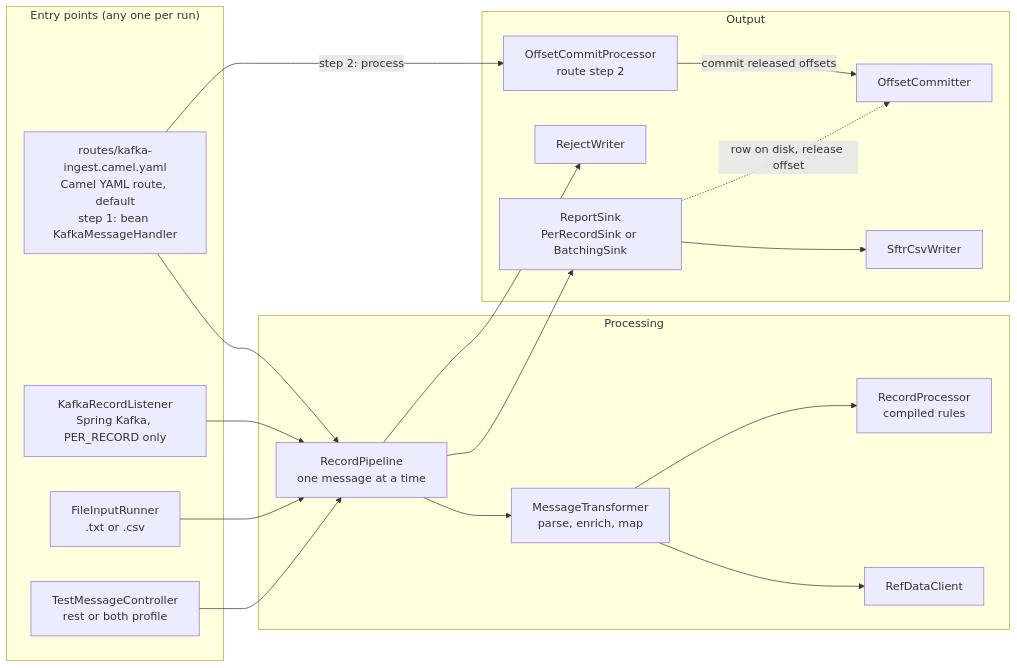
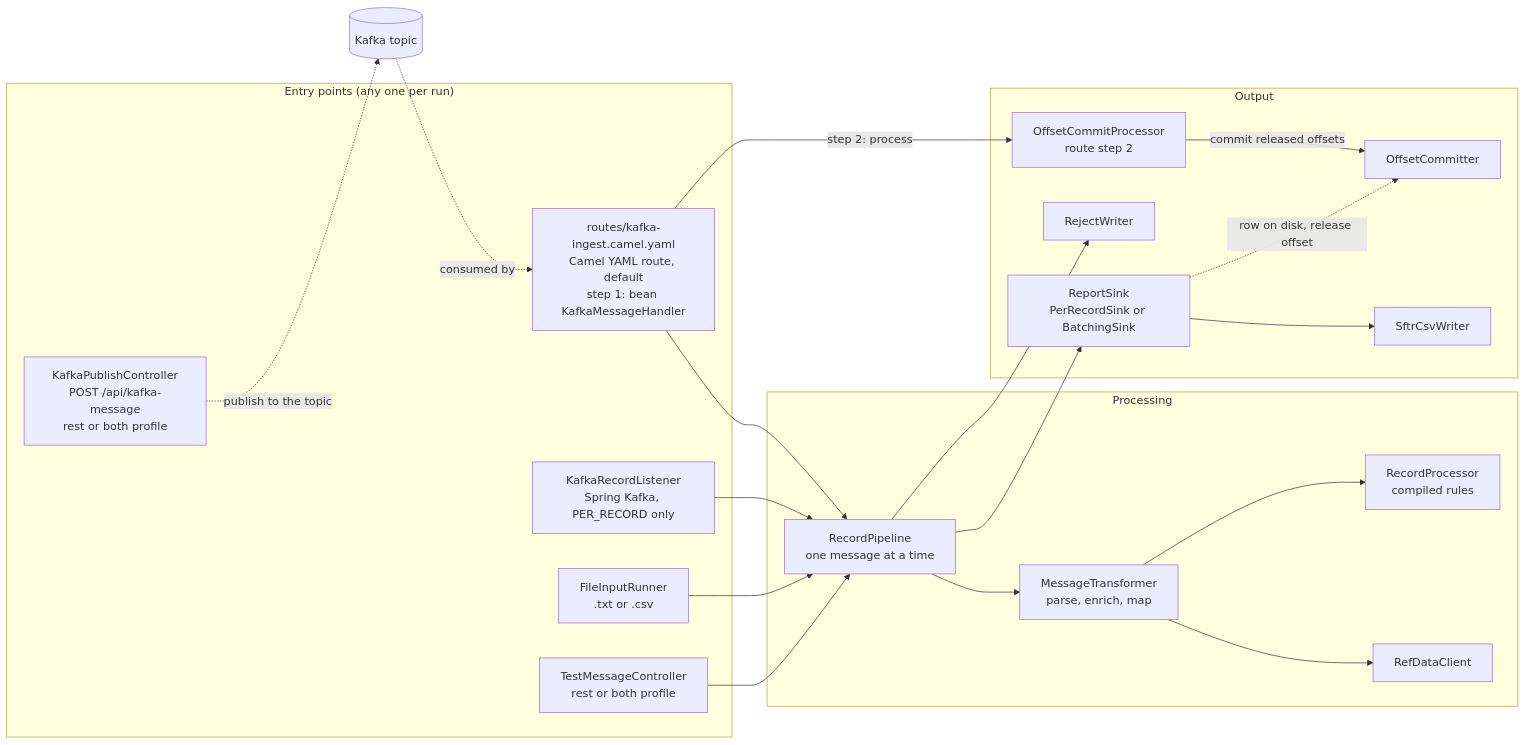
The first of 2 diagrams in docs/design-and-architecture.md (shanregs/msg-transformer), drawn with Mermaid before and after one commit. The commit also changed other lines of this file and 3 other files, not shown here.

First line of the commit message:
Docs: describe POST /api/kafka-message in the design, C4 and code-flow documents

````diff
--- a/docs/design-and-architecture.md
+++ b/docs/design-and-architecture.md
@@ -35,35 +35,38 @@
 ```mermaid
 flowchart LR
     subgraph doors["Entry points (any one per run)"]
         K["routes/kafka-ingest.camel.yaml<br/>Camel YAML route, default<br/>step 1: bean KafkaMessageHandler"]
         L["KafkaRecordListener<br/>Spring Kafka, PER_RECORD only"]
         F["FileInputRunner<br/>.txt or .csv"]
         R["TestMessageController<br/>rest or both profile"]
+        KP["KafkaPublishController<br/>POST /api/kafka-message<br/>rest or both profile"]
     end
     subgraph core["Processing"]
         P["RecordPipeline<br/>one message at a time"]
         T["MessageTransformer<br/>parse, enrich, map"]
         RD["RefDataClient"]
         RP["RecordProcessor<br/>compiled rules"]
     end
     subgraph out["Output"]
         S["ReportSink<br/>PerRecordSink or BatchingSink"]
         W["SftrCsvWriter"]
         J["RejectWriter"]
         OP["OffsetCommitProcessor<br/>route step 2"]
         O["OffsetCommitter"]
     end
     K --> P
     L --> P
     F --> P
     R --> P
     P --> T
     T --> RD
     T --> RP
     P --> S
     P --> J
     S --> W
     S -.->|row on disk, release offset| O
     K -->|step 2: process| OP
     OP -->|commit released offsets| O
+    KP -.->|publish to the topic| KT[("Kafka topic")]
+    KT -.->|consumed by| K
 ```
````
